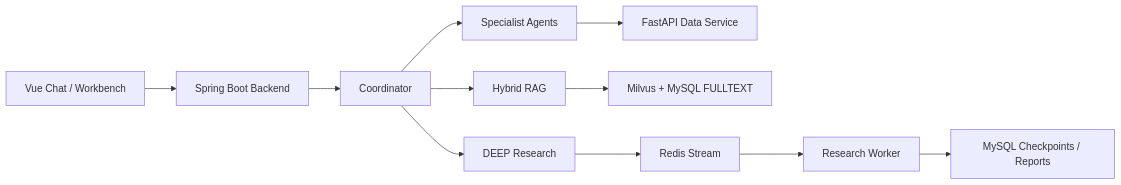
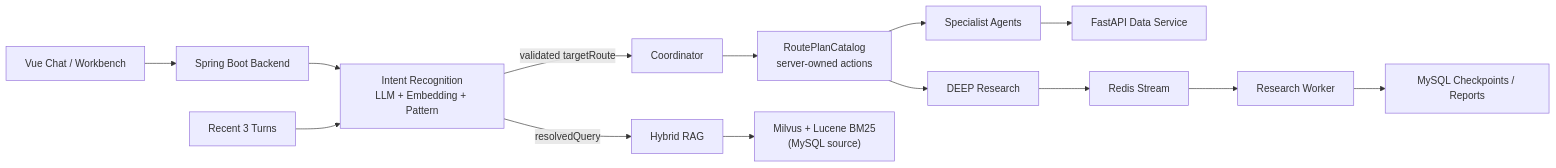
One commit to Tancaject/StockSage changed the diagram in README.md. Above: the diagram before and after it, drawn with Mermaid. The commit also changed other lines of this file and 103 other files, not shown here.

First line of the commit message:
feat: upgrade agent routing, RAG, and research memory

````diff
--- a/README.md
+++ b/README.md
@@ -17,13 +17,16 @@
 ```mermaid
 flowchart LR
     UI["Vue Chat / Workbench"] --> API["Spring Boot Backend"]
-    API --> CO["Coordinator"]
-    CO --> AG["Specialist Agents"]
-    CO --> RAG["Hybrid RAG"]
-    CO --> DEEP["DEEP Research"]
+    API --> INTENT["Intent Recognition<br/>LLM + Embedding + Pattern"]
+    HISTORY["Recent 3 Turns"] --> INTENT
+    INTENT -->|validated targetRoute| CO["Coordinator"]
+    INTENT -->|resolvedQuery| RAG["Hybrid RAG"]
+    CO --> PLAN["RoutePlanCatalog<br/>server-owned actions"]
+    PLAN --> AG["Specialist Agents"]
+    PLAN --> DEEP["DEEP Research"]
     AG --> DATA["FastAPI Data Service"]
-    RAG --> STORE["Milvus + MySQL FULLTEXT"]
+    RAG --> STORE["Milvus + Lucene BM25<br/>(MySQL source)"]
     DEEP --> QUEUE["Redis Stream"]
     QUEUE --> WORKER["Research Worker"]
     WORKER --> DB["MySQL Checkpoints / Reports"]
 ```
````
